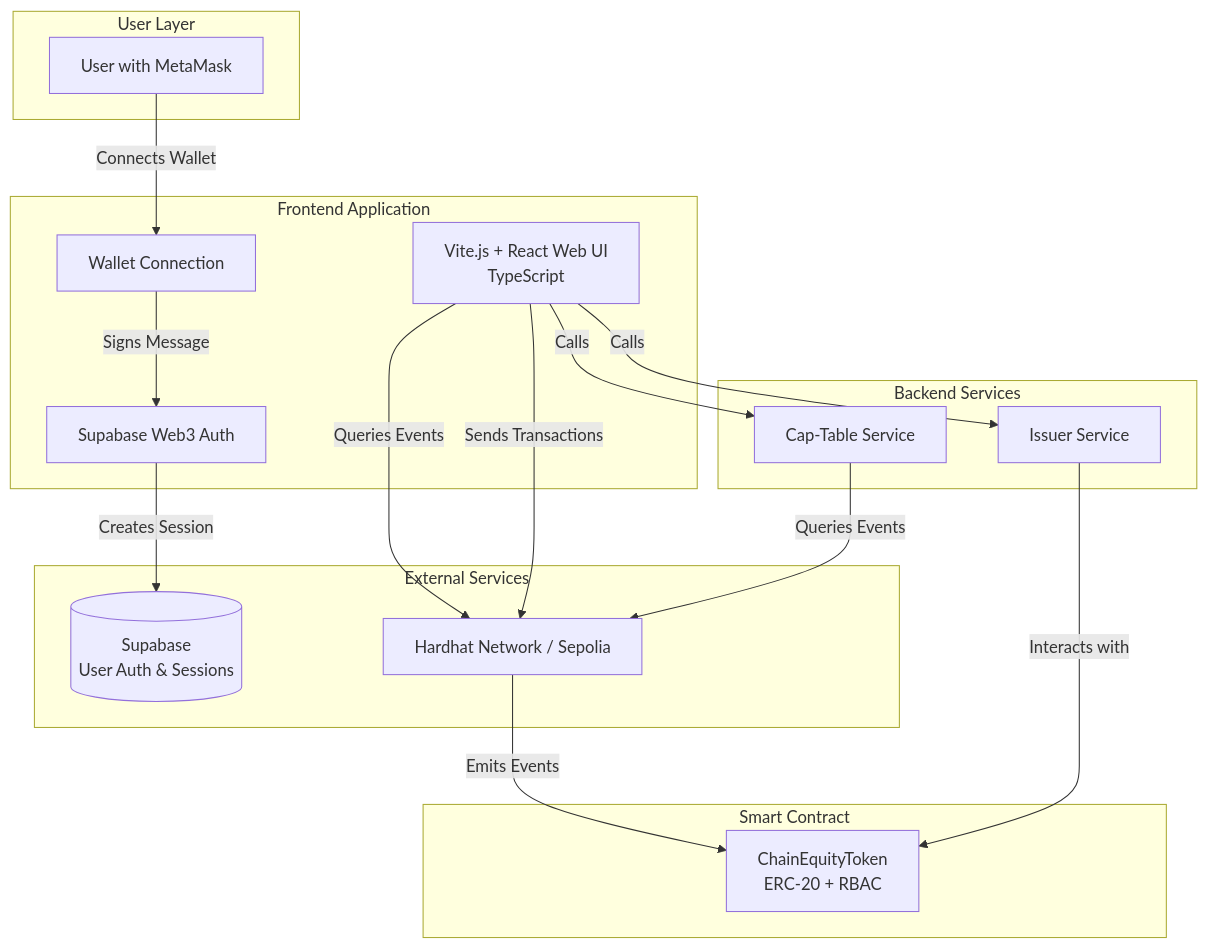
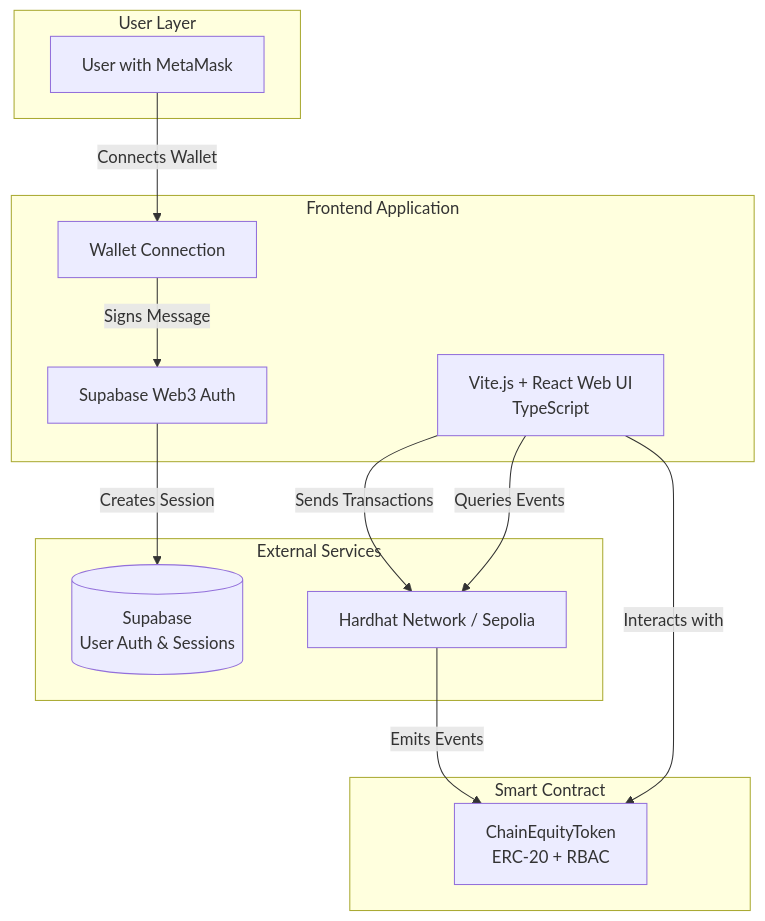
Before and after one commit to bluesam1/chain-equity: the diagram in docs/architecture/high-level-architecture.md, drawn with Mermaid. The commit also changed other lines of this file and 136 other files, not shown here.

````diff
--- a/docs/architecture/high-level-architecture.md
+++ b/docs/architecture/high-level-architecture.md
@@ -84,37 +79,29 @@
 ```mermaid
 graph TB
     subgraph "User Layer"
         U[User with MetaMask]
     end
     
     subgraph "Frontend Application"
         UI[Vite.js + React Web UI<br/>TypeScript]
         AUTH[Supabase Web3 Auth]
         WALLET[Wallet Connection]
-    end
-    
-    subgraph "Backend Services"
-        CAP[Cap-Table Service]
-        ISSUER[Issuer Service]
     end
     
     subgraph "External Services"
         SUPABASE[(Supabase<br/>User Auth & Sessions)]
         BLOCKCHAIN[Hardhat Network / Sepolia]
     end
     
     subgraph "Smart Contract"
         TOKEN[ChainEquityToken<br/>ERC-20 + RBAC]
     end
     
     U -->|Connects Wallet| WALLET
     WALLET -->|Signs Message| AUTH
     AUTH -->|Creates Session| SUPABASE
     UI -->|Queries Events| BLOCKCHAIN
     UI -->|Sends Transactions| BLOCKCHAIN
+    UI -->|Interacts with| TOKEN
     BLOCKCHAIN -->|Emits Events| TOKEN
-    CAP -->|Queries Events| BLOCKCHAIN
-    ISSUER -->|Interacts with| TOKEN
-    UI -->|Calls| CAP
-    UI -->|Calls| ISSUER
 ```
````
